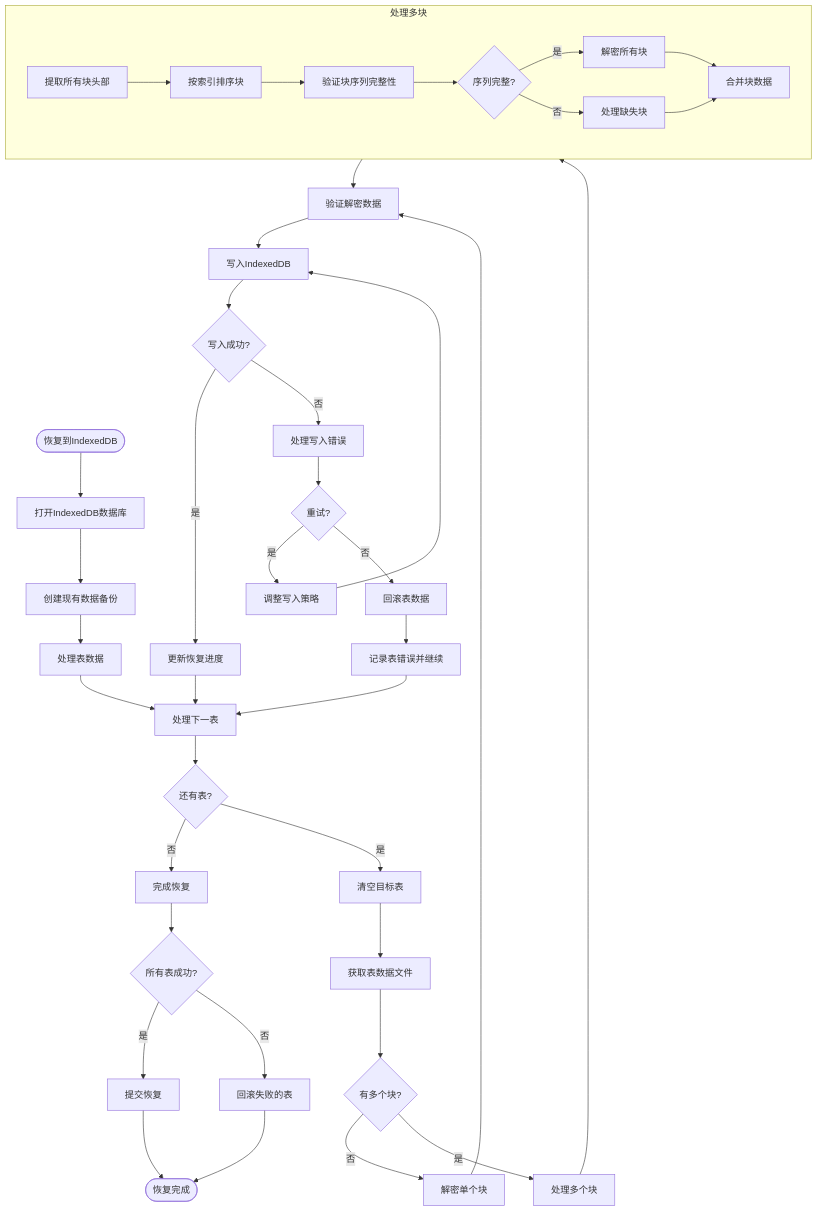
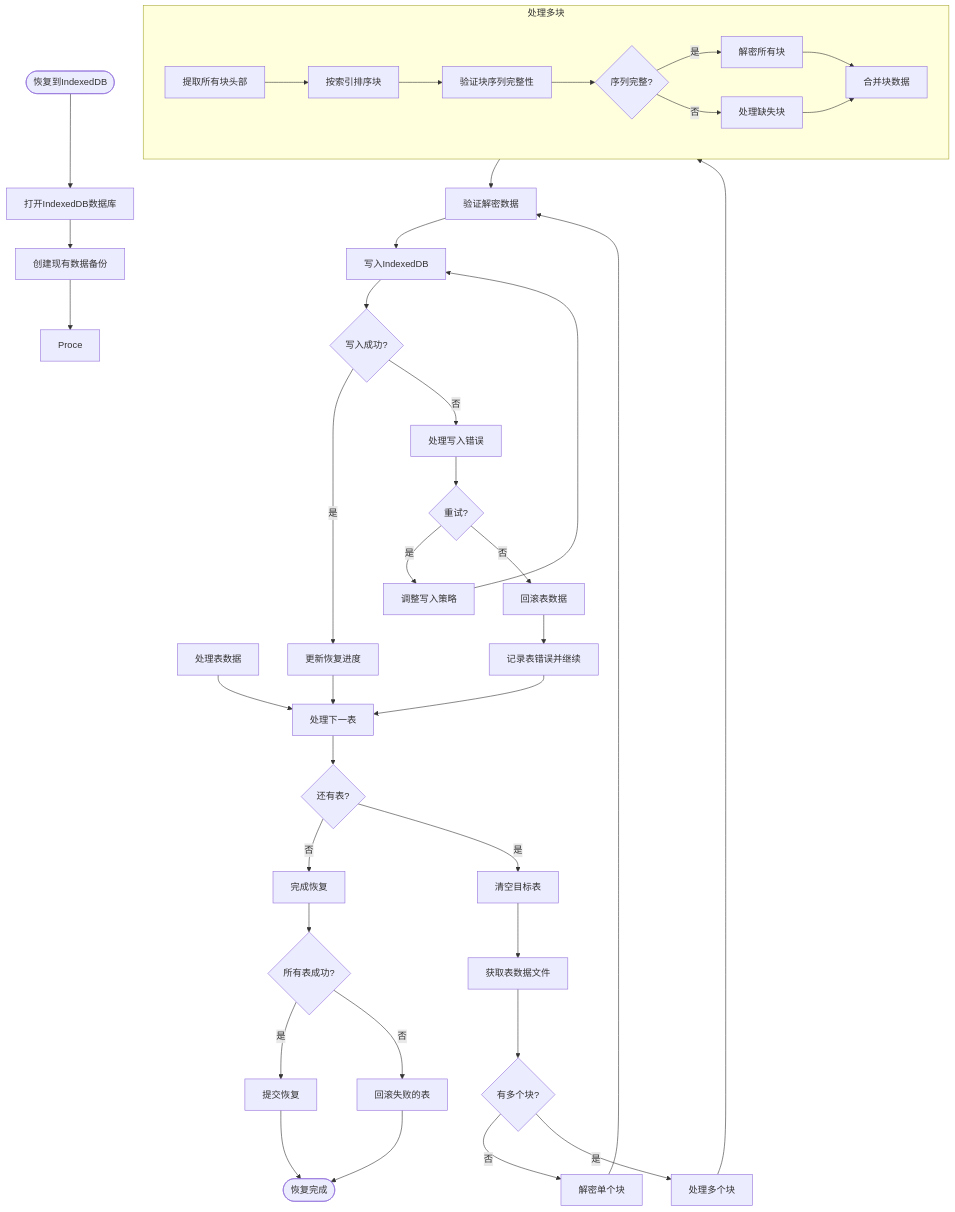
The diagram in all/未命名-52.md (yingjianzh/iodraw-files), drawn with Mermaid before and after one commit.

Commit message:
2025-05-09 18:27:50 update

````diff
--- a/all/未命名-52.md
+++ b/all/未命名-52.md
@@ -1,56 +1,56 @@
 ```mermaid
 flowchart TD
     Start([恢复到IndexedDB]) --> OpenDB[打开IndexedDB数据库]
     OpenDB --> CreateBackup[创建现有数据备份]
-    CreateBackup --> 
+    CreateBackup --> Proce
     ProcessTables[处理表数据]
     
     ProcessTables --> ProcessNextTable[处理下一表]
     ProcessNextTable --> MoreTables{还有表?}
     MoreTables -->|否| FinalizeRestore[完成恢复]
     MoreTables -->|是| ClearTable[清空目标表]
     
     ClearTable --> GetTableData[获取表数据文件]
     GetTableData --> TableHasMultipleBlocks{有多个块?}
     
     TableHasMultipleBlocks -->|否| DecryptSingleBlock[解密单个块]
     TableHasMultipleBlocks -->|是| ProcessMultipleBlocks[处理多个块]
     
     subgraph MultiBlockProcess [处理多块]
         MB1[提取所有块头部] --> MB2[按索引排序块]
         MB2 --> MB3[验证块序列完整性]
         MB3 --> MB4{序列完整?}
         MB4 -->|否| MB5[处理缺失块]
         MB4 -->|是| MB6[解密所有块]
         MB6 --> MB7[合并块数据]
         MB5 --> MB7
     end
     
     ProcessMultipleBlocks --> MultiBlockProcess
     
     DecryptSingleBlock --> ValidateData[验证解密数据]
     MultiBlockProcess --> ValidateData
     
     ValidateData --> WriteToIndexedDB[写入IndexedDB]
     WriteToIndexedDB --> ValidationSuccess{写入成功?}
     
     ValidationSuccess -->|是| UpdateProgress[更新恢复进度]
     ValidationSuccess -->|否| HandleWriteError[处理写入错误]
     
     HandleWriteError --> RetryWrite{重试?}
     RetryWrite -->|是| AdjustWriteStrategy[调整写入策略]
     RetryWrite -->|否| RollbackTable[回滚表数据]
     
     AdjustWriteStrategy --> WriteToIndexedDB
     RollbackTable --> LogTableError[记录表错误并继续]
     
     UpdateProgress --> ProcessNextTable
     LogTableError --> ProcessNextTable
     
     FinalizeRestore --> AllTablesSuccess{所有表成功?}
     AllTablesSuccess -->|是| CommitRestore[提交恢复]
     AllTablesSuccess -->|否| RollbackFailed[回滚失败的表]
     
     CommitRestore --> End([恢复完成])
     RollbackFailed --> End
 ```
````
